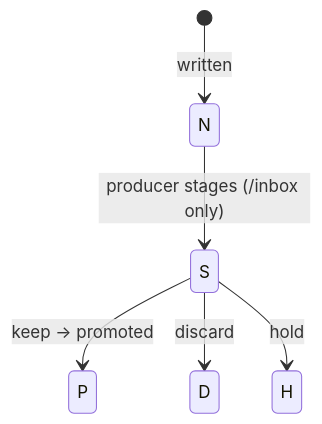
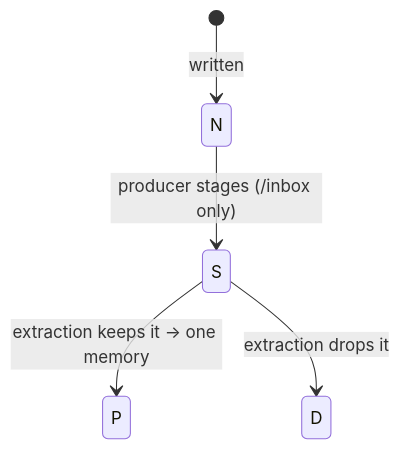
One commit to anantsrivast/cityops-agent-harness changed the ninth of 16 diagrams in docs/WALKTHROUGH.md. Above: the diagram before and after it, drawn with Mermaid. The commit also changed other lines of this file and 11 other files, not shown here.

````diff
--- a/docs/WALKTHROUGH.md
+++ b/docs/WALKTHROUGH.md
@@ -288,8 +292,7 @@
 ```mermaid
 stateDiagram-v2
   [*] --> N: written
   N --> S: producer stages (/inbox only)
-  S --> P: keep → promoted
-  S --> D: discard
-  S --> H: hold
+  S --> P: extraction keeps it → one memory
+  S --> D: extraction drops it
 ```
````
